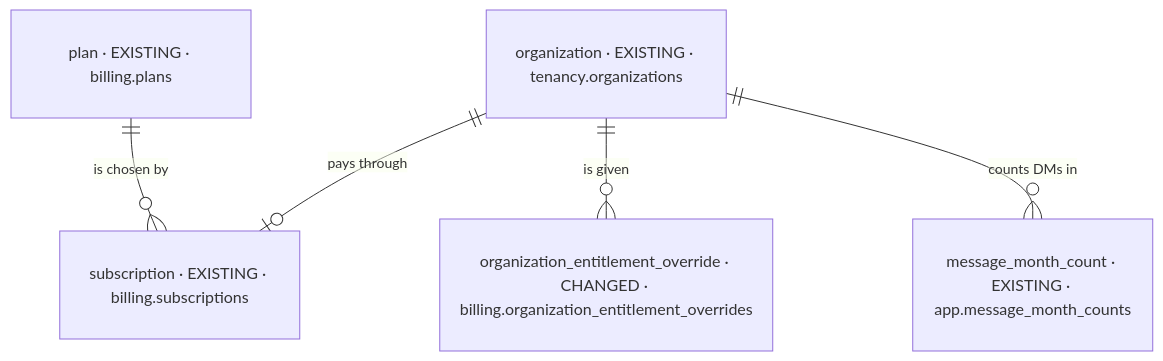
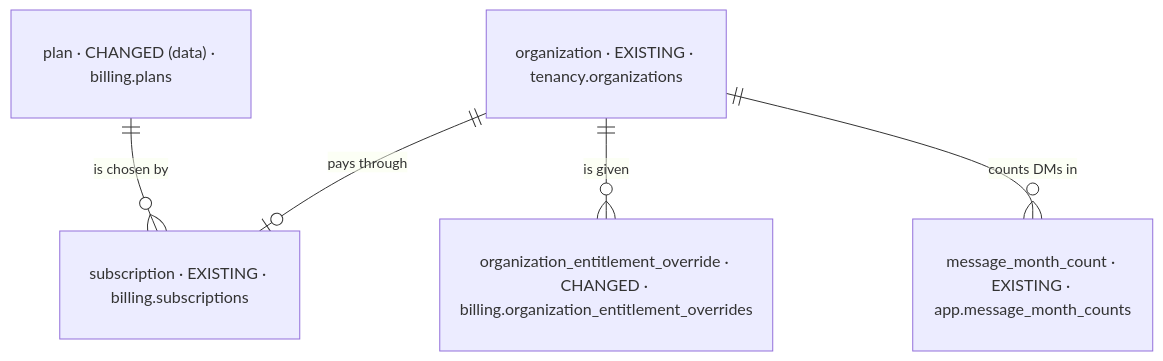
Before and after one commit to albetrios/meepzo-be: the first of 4 diagrams in iterations/change-plan-gates-2026-11-26-mfku/plans/db-changes.md, drawn with Mermaid. The commit also changed other lines of this file and 2 other files, not shown here.

First line of the commit message:
docs(iterations): resolve the plan gates coverage and db changes against the owner decisions

````diff
--- a/iterations/change-plan-gates-2026-11-26-mfku/plans/db-changes.md
+++ b/iterations/change-plan-gates-2026-11-26-mfku/plans/db-changes.md
@@ -19,12 +19,12 @@
 ```mermaid
 erDiagram
   organization["organization · EXISTING · tenancy.organizations"]
   subscription["subscription · EXISTING · billing.subscriptions"]
-  plan["plan · EXISTING · billing.plans"]
+  plan["plan · CHANGED (data) · billing.plans"]
   organization_entitlement_override["organization_entitlement_override · CHANGED · billing.organization_entitlement_overrides"]
   message_month_count["message_month_count · EXISTING · app.message_month_counts"]
   organization ||--o| subscription : "pays through"
   plan ||--o{ subscription : "is chosen by"
   organization ||--o{ organization_entitlement_override : "is given"
   organization ||--o{ message_month_count : "counts DMs in"
 ```
````
